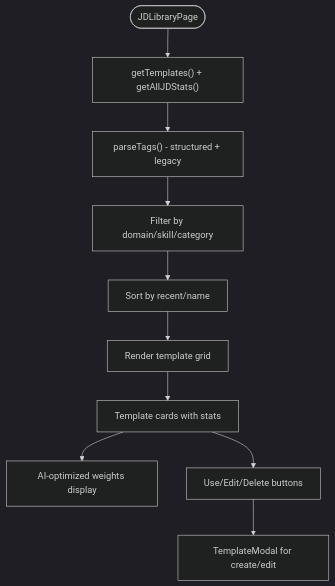
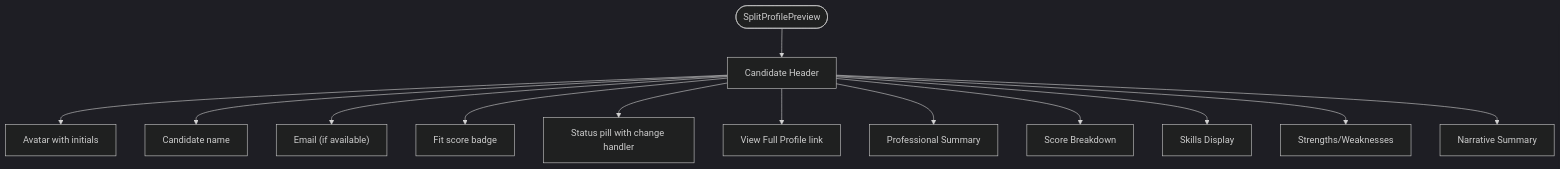
One commit to Revanththetalogics/aireume changed the fifth of 29 diagrams in .qoder/repowiki/en/content/Frontend Architecture/Frontend Architecture.md. Above: the diagram before and after it, drawn with Mermaid (dark theme). The commit also changed other lines of this file and 7 other files, not shown here.

````diff
--- a/.qoder/repowiki/en/content/Frontend Architecture/Frontend Architecture.md
+++ b/.qoder/repowiki/en/content/Frontend Architecture/Frontend Architecture.md
@@ -731,12 +605,15 @@
 ```mermaid
 flowchart TD
-Start(["JDLibraryPage"]) --> LoadData["getTemplates() + getAllJDStats()"]
-LoadData --> ParseTags["parseTags() - structured + legacy"]
-ParseTags --> FilterTemplates["Filter by domain/skill/category"]
-FilterTemplates --> SortTemplates["Sort by recent/name"]
-SortTemplates --> RenderGrid["Render template grid"]
-RenderGrid --> TemplateCards["Template cards with stats"]
-TemplateCards --> WeightsDisplay["AI-optimized weights display"]
-TemplateCards --> ActionButtons["Use/Edit/Delete buttons"]
-ActionButtons --> Modal["TemplateModal for create/edit"]
+Start(["SplitProfilePreview"]) --> Header["Candidate Header"]
+Header --> Avatar["Avatar with initials"]
+Header --> Name["Candidate name"]
+Header --> Email["Email (if available)"]
+Header --> Score["Fit score badge"]
+Header --> Status["Status pill with change handler"]
+Header --> Nav["View Full Profile link"]
+Header --> Summary["Professional Summary"]
+Header --> Scores["Score Breakdown"]
+Header --> Skills["Skills Display"]
+Header --> Strengths["Strengths/Weaknesses"]
+Header --> Narrative["Narrative Summary"]
 ```
````
